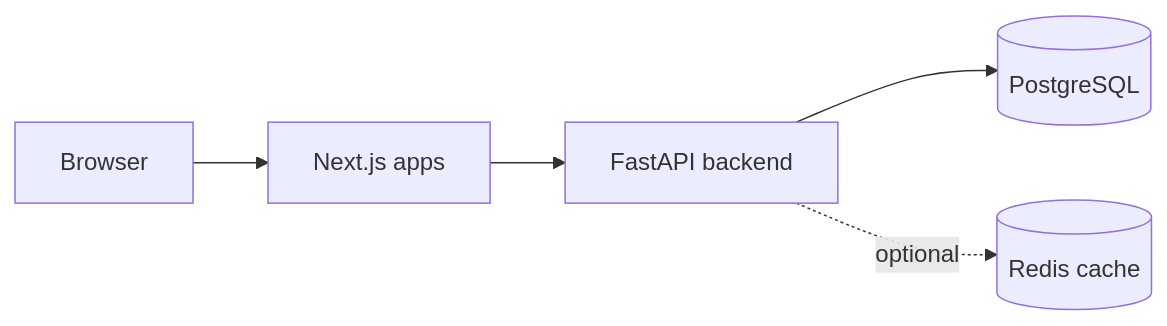
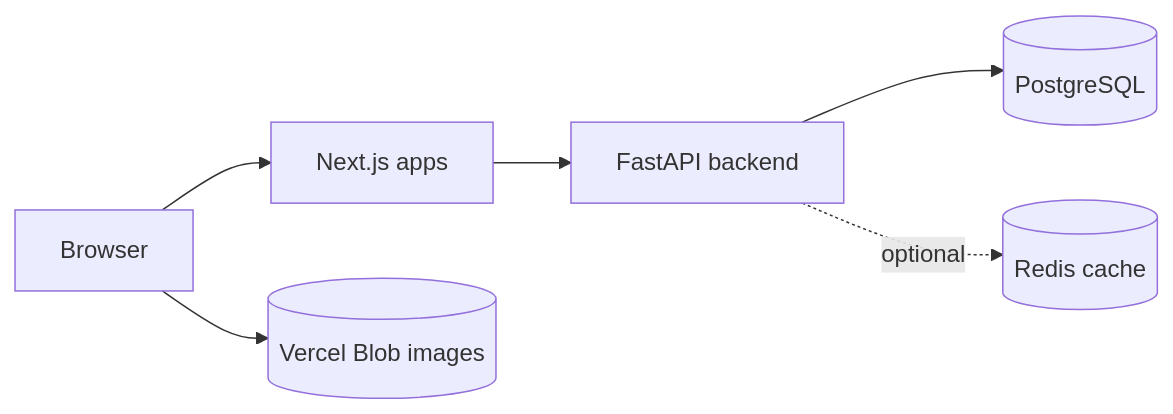
One commit to KouGyoKui1128/duole-ai-blog changed the first of 3 diagrams in docs/ARCHITECTURE.md. Above: the diagram before and after it, drawn with Mermaid. The commit also changed other lines of this file and 64 other files, not shown here.

````diff
--- a/docs/ARCHITECTURE.md
+++ b/docs/ARCHITECTURE.md
@@ -11,7 +11,8 @@
 ```mermaid
 flowchart LR
     U[Browser] --> F[Next.js apps]
+    U --> S[(Vercel Blob images)]
     F --> B[FastAPI backend]
     B --> D[(PostgreSQL)]
     B -. optional .-> R[(Redis cache)]
 ```
````
